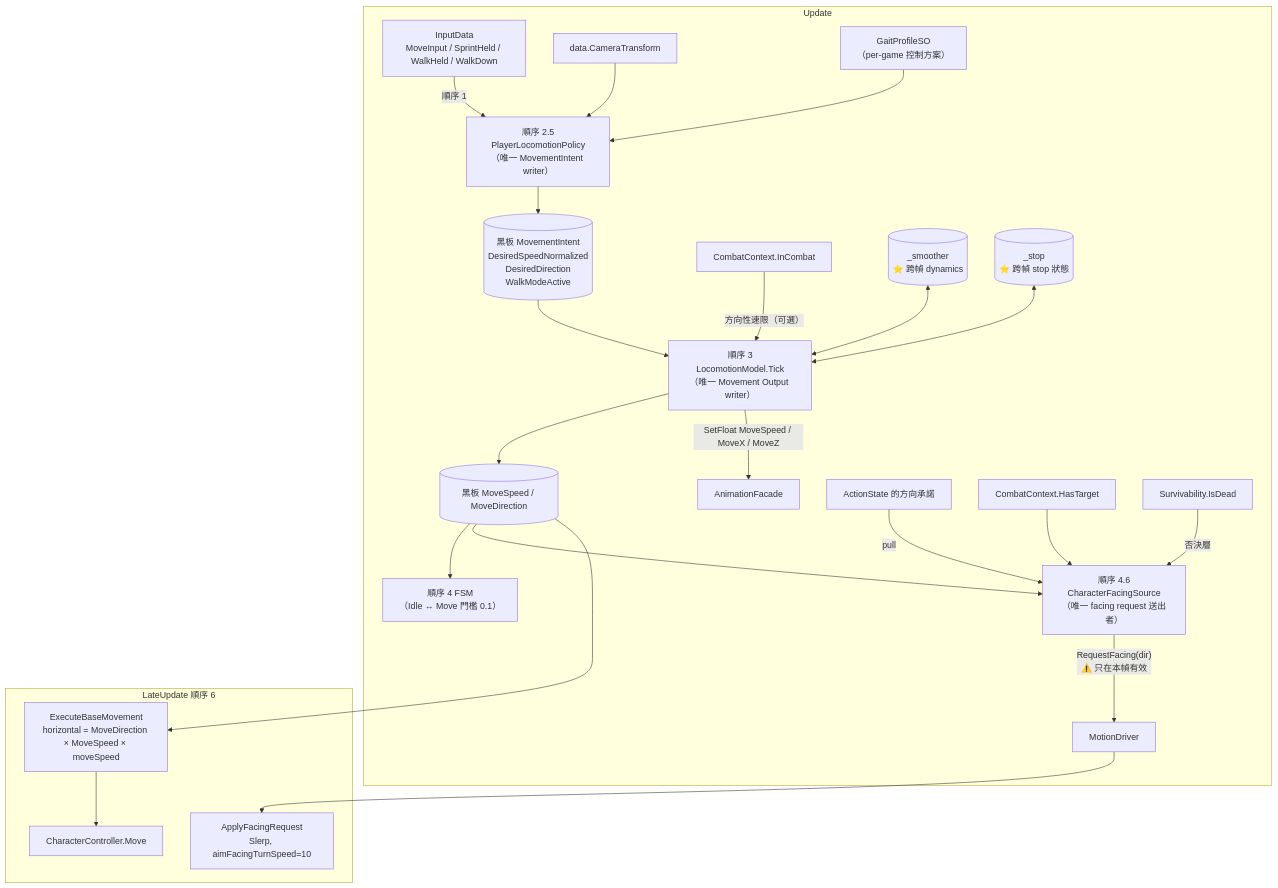
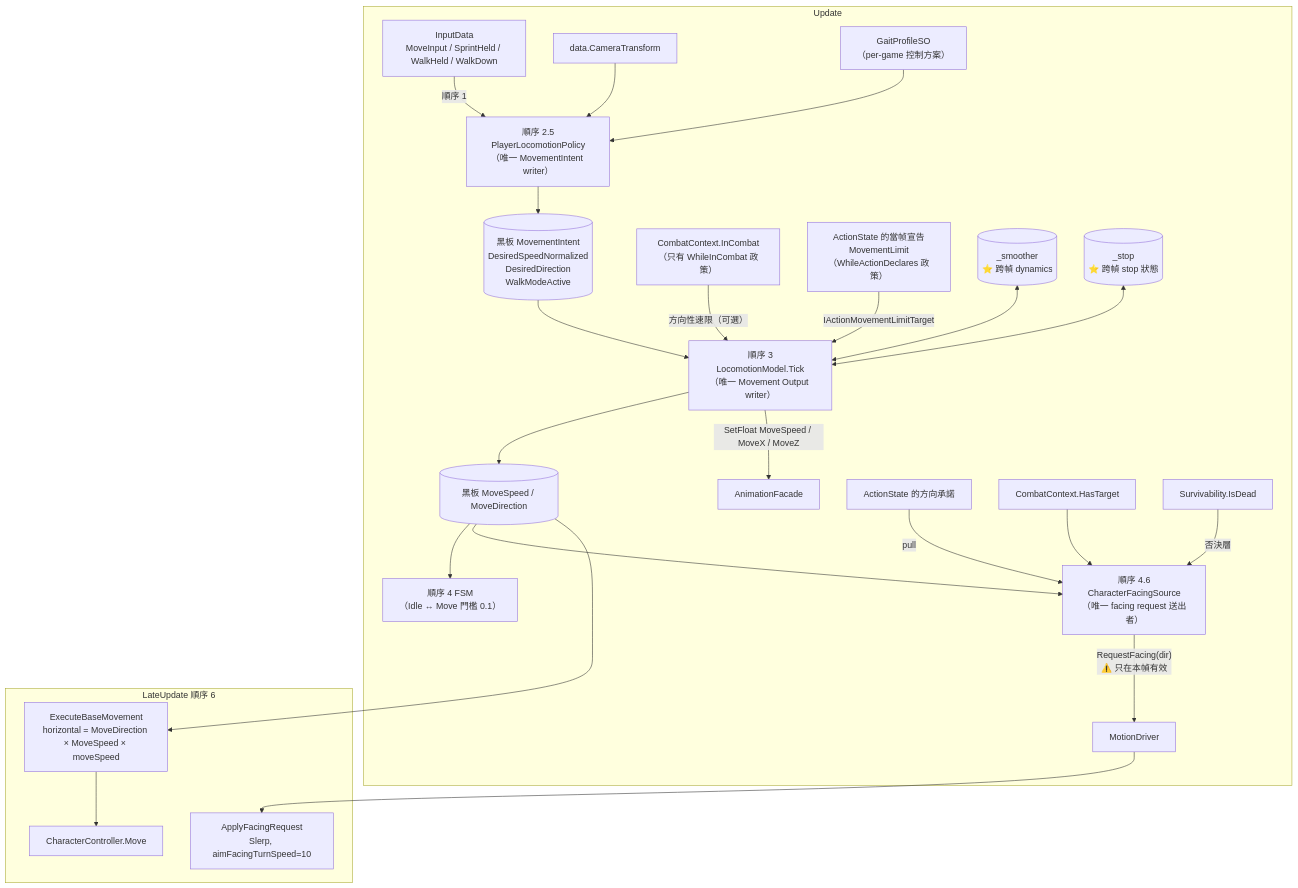
Before and after one commit to Baka8787/IntentPipeline: the first of 3 diagrams in docs/33-locomotion-direction-authority-architecture-guide.md, drawn with Mermaid. The commit also changed other lines of this file and 8 other files, not shown here.

First line of the commit message:
docs: 架構導讀與圖解頁 fold back WP-1b／WP-3a（管線 2.4、AICombatContextSource、施法限速政策）

````diff
--- a/docs/33-locomotion-direction-authority-architecture-guide.md
+++ b/docs/33-locomotion-direction-authority-architecture-guide.md
@@ -64,33 +64,34 @@
 ```mermaid
 flowchart TD
     subgraph U["Update"]
         RAW["InputData<br/>MoveInput / SprintHeld / WalkHeld / WalkDown"] -->|"順序 1"| P
         CAM["data.CameraTransform"] --> P
         GP["GaitProfileSO<br/>（per-game 控制方案）"] --> P
         P["順序 2.5<br/>PlayerLocomotionPolicy<br/>（唯一 MovementIntent writer）"]
         P --> MI[("黑板 MovementIntent<br/>DesiredSpeedNormalized<br/>DesiredDirection<br/>WalkModeActive")]
 
         MI --> M["順序 3<br/>LocomotionModel.Tick<br/>（唯一 Movement Output writer）"]
-        CTX["CombatContext.InCombat"] -->|"方向性速限（可選）"| M
+        CTX["CombatContext.InCombat<br/>（只有 WhileInCombat 政策）"] -->|"方向性速限（可選）"| M
+        ACT["ActionState 的當帧宣告<br/>MovementLimit（WhileActionDeclares 政策）"] -->|"IActionMovementLimitTarget"| M
         SM[("_smoother<br/>⭐ 跨幀 dynamics")] <--> M
         ST[("_stop<br/>⭐ 跨幀 stop 狀態")] <--> M
         M --> OUT[("黑板 MoveSpeed / MoveDirection")]
         M -->|"SetFloat MoveSpeed / MoveX / MoveZ"| AF["AnimationFacade"]
 
         OUT --> FSM["順序 4 FSM<br/>（Idle ↔ Move 門檻 0.1）"]
 
         AS["ActionState 的方向承諾"] -->|"pull"| FS
         CTX2["CombatContext.HasTarget"] --> FS
         OUT --> FS
         SV["Survivability.IsDead"] -->|"否決層"| FS
         FS["順序 4.6<br/>CharacterFacingSource<br/>（唯一 facing request 送出者）"]
         FS -->|"RequestFacing(dir)<br/>⚠️ 只在本幀有效"| MD
     end
 
     subgraph L["LateUpdate 順序 6"]
         MD["MotionDriver"]
         MD --> AFR["ApplyFacingRequest<br/>Slerp, aimFacingTurnSpeed=10"]
         OUT --> EBM["ExecuteBaseMovement<br/>horizontal = MoveDirection × MoveSpeed × moveSpeed"]
         EBM --> MV["CharacterController.Move"]
     end
 ```
````
